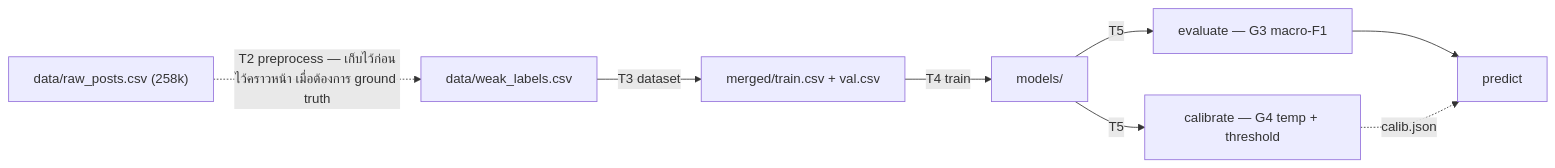
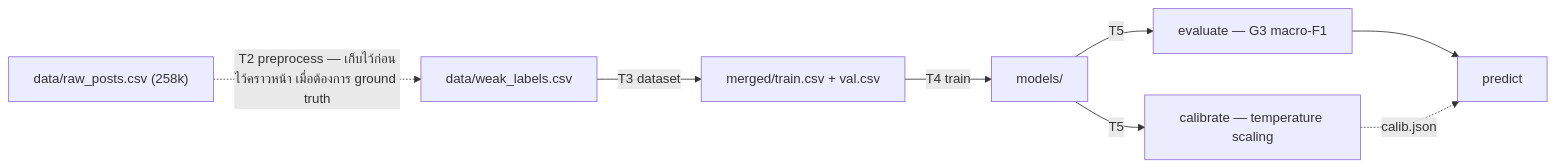
The diagram in README.md (namthip06/sns-text-classification), drawn with Mermaid before and after one commit. The commit also changed other lines of this file and 9 other files, not shown here.

````diff
--- a/README.md
+++ b/README.md
@@ -34,10 +47,10 @@
 ```mermaid
 flowchart LR
     WL["data/weak_labels.csv"] -->|"T3 dataset"| SPLIT["merged/train.csv + val.csv"]
     SPLIT -->|"T4 train"| M["models/"]
     M -->|"T5"| G3["evaluate — G3 macro-F1"]
-    M -->|"T5"| G4["calibrate — G4 temp + threshold"]
+    M -->|"T5"| CAL["calibrate — temperature scaling"]
     G3 --> P["predict"]
-    G4 -. "calib.json" .-> P
+    CAL -. "calib.json" .-> P
     RAW["data/raw_posts.csv (258k)"] -.->|"T2 preprocess — เก็บไว้ก่อน<br>ไว้คราวหน้า เมื่อต้องการ ground truth"| WL
 ```
````
